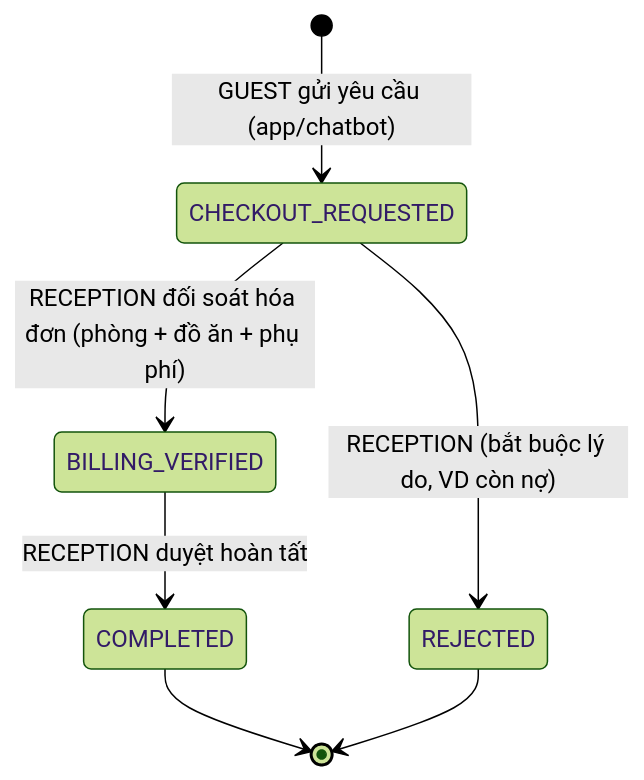
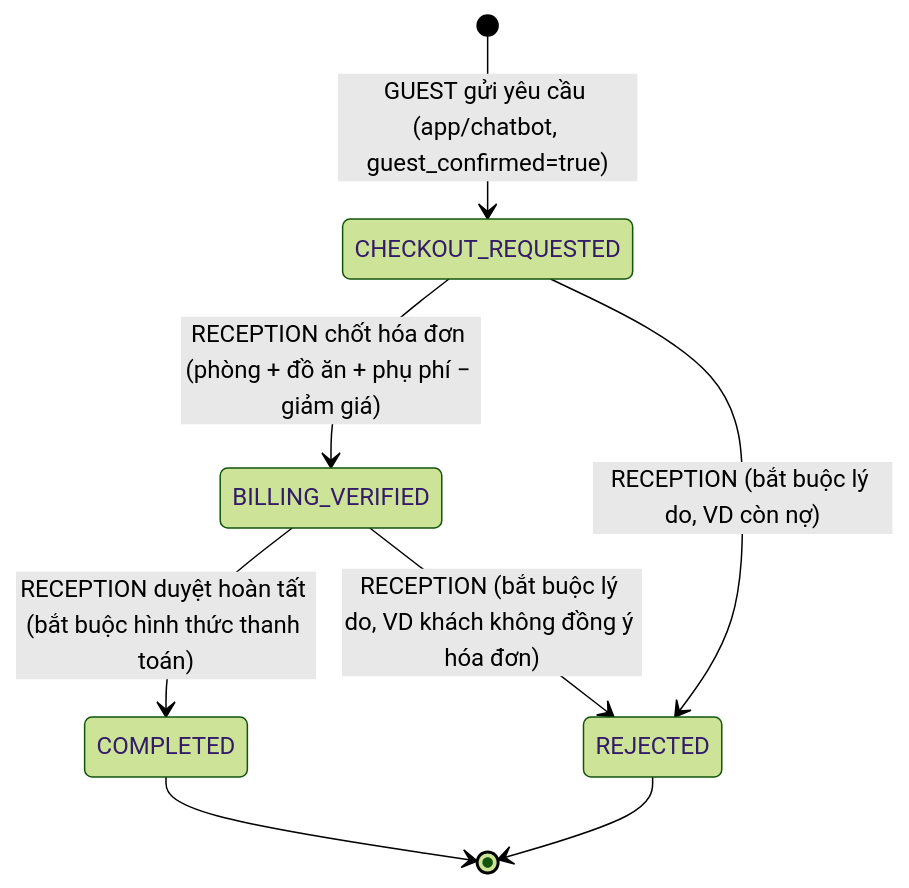
The fourth of 4 diagrams in docs/domain-rules.md (HotelManageApp/HotelManage), drawn with Mermaid (forest theme) before and after one commit. The commit also changed other lines of this file and 17 other files, not shown here.

First line of the commit message:
feat(backend): HMA-45 express checkout flow

````diff
--- a/docs/domain-rules.md
+++ b/docs/domain-rules.md
@@ -93,9 +93,10 @@
 ```mermaid
 stateDiagram-v2
-    [*] --> CHECKOUT_REQUESTED: GUEST gửi yêu cầu (app/chatbot)
-    CHECKOUT_REQUESTED --> BILLING_VERIFIED: RECEPTION đối soát hóa đơn (phòng + đồ ăn + phụ phí)
-    BILLING_VERIFIED --> COMPLETED: RECEPTION duyệt hoàn tất
+    [*] --> CHECKOUT_REQUESTED: GUEST gửi yêu cầu (app/chatbot, guest_confirmed=true)
+    CHECKOUT_REQUESTED --> BILLING_VERIFIED: RECEPTION chốt hóa đơn (phòng + đồ ăn + phụ phí − giảm giá)
+    BILLING_VERIFIED --> COMPLETED: RECEPTION duyệt hoàn tất (bắt buộc hình thức thanh toán)
     CHECKOUT_REQUESTED --> REJECTED: RECEPTION (bắt buộc lý do, VD còn nợ)
+    BILLING_VERIFIED --> REJECTED: RECEPTION (bắt buộc lý do, VD khách không đồng ý hóa đơn)
     COMPLETED --> [*]
     REJECTED --> [*]
 ```
````
